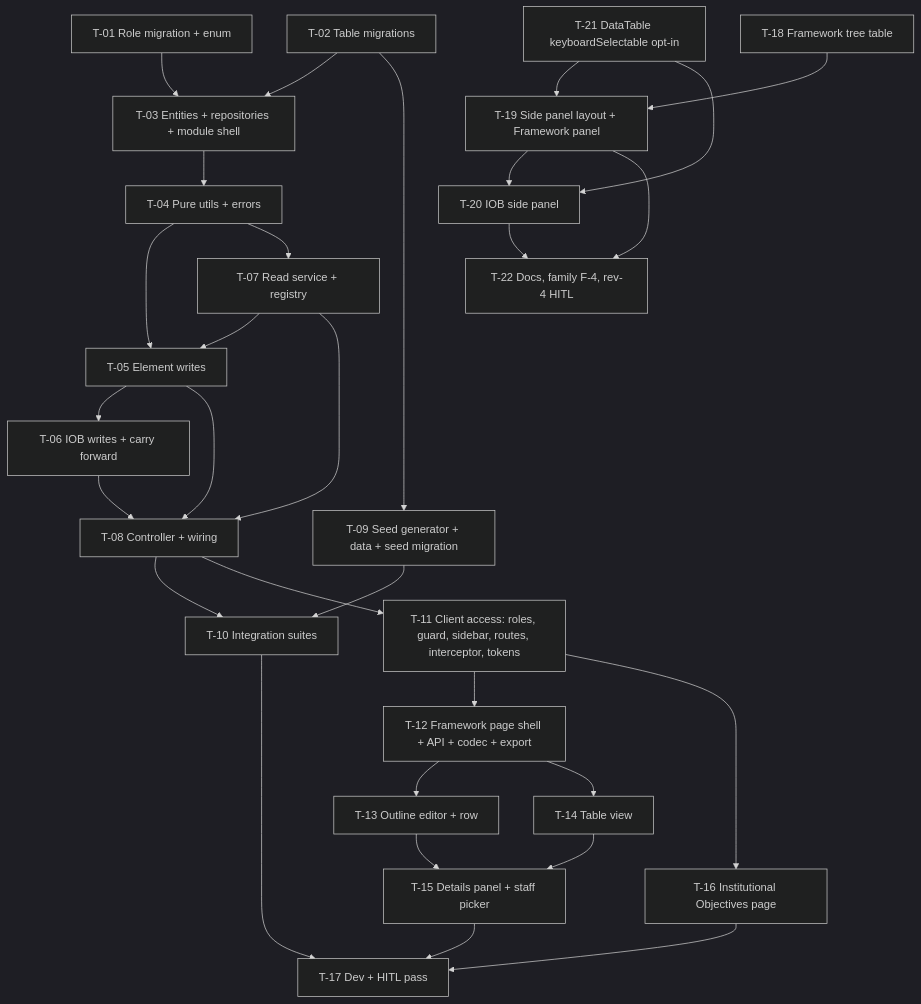
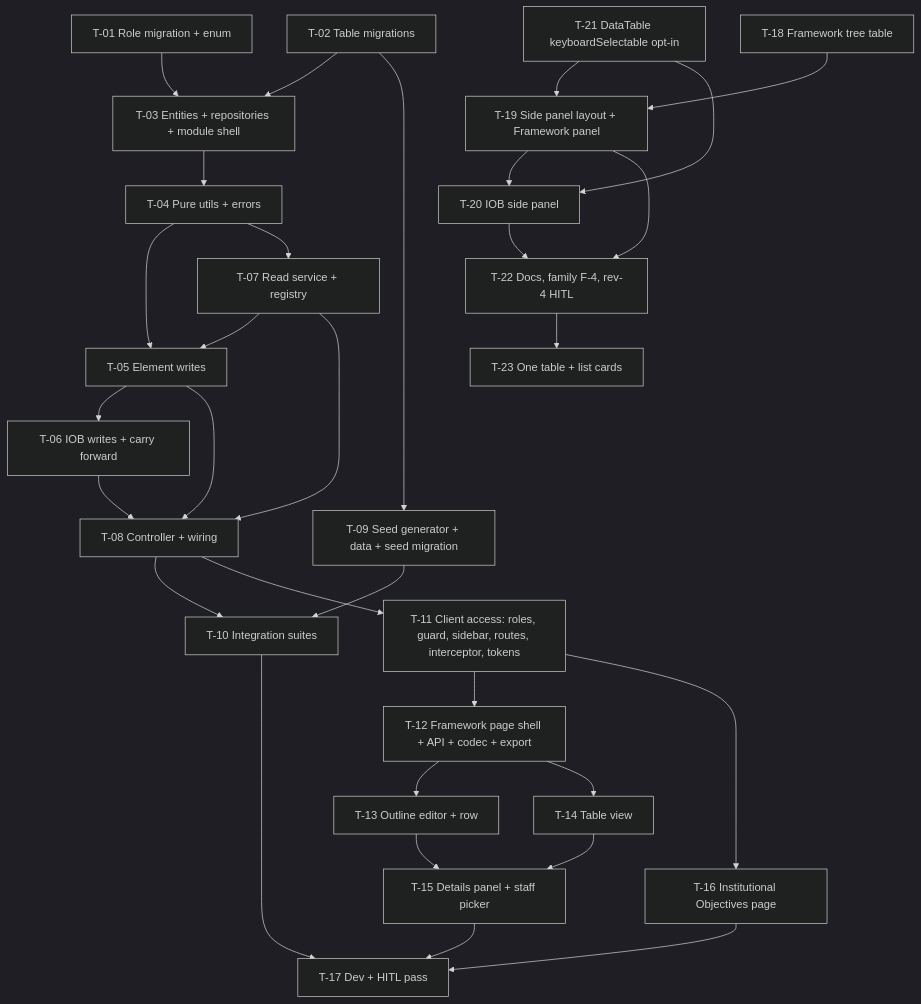
Before and after one commit to AllianceBioversityCIAT/alliance-research-indicators-main: the diagram in docs/specs/institutional-performance/strategy-framework/tasks.md, drawn with Mermaid (dark theme). The commit also changed other lines of this file and 5 other files, not shown here.

````diff
--- a/docs/specs/institutional-performance/strategy-framework/tasks.md
+++ b/docs/specs/institutional-performance/strategy-framework/tasks.md
@@ -27,32 +27,33 @@
 ```mermaid
 graph TD
   T01[T-01 Role migration + enum] --> T03
   T02[T-02 Table migrations] --> T03[T-03 Entities + repositories + module shell]
   T03 --> T04[T-04 Pure utils + errors]
   T04 --> T05[T-05 Element writes]
   T04 --> T07[T-07 Read service + registry]
   T05 --> T06[T-06 IOB writes + carry forward]
   T07 --> T05
   T05 --> T08[T-08 Controller + wiring]
   T06 --> T08
   T07 --> T08
   T02 --> T09[T-09 Seed generator + data + seed migration]
   T08 --> T10[T-10 Integration suites]
   T09 --> T10
   T08 --> T11[T-11 Client access: roles, guard, sidebar, routes, interceptor, tokens]
   T11 --> T12[T-12 Framework page shell + API + codec + export]
   T12 --> T13[T-13 Outline editor + row]
   T12 --> T14[T-14 Table view]
   T13 --> T15[T-15 Details panel + staff picker]
   T14 --> T15
   T11 --> T16[T-16 Institutional Objectives page]
   T10 --> T17[T-17 Dev + HITL pass]
   T15 --> T17
   T16 --> T17
   T21[T-21 DataTable keyboardSelectable opt-in] --> T19
   T18[T-18 Framework tree table] --> T19[T-19 Side panel layout + Framework panel]
   T19 --> T20[T-20 IOB side panel]
   T21 --> T20
   T19 --> T22[T-22 Docs, family F-4, rev-4 HITL]
   T20 --> T22
+  T22 --> T23[T-23 One table + list cards]
 ```
````
